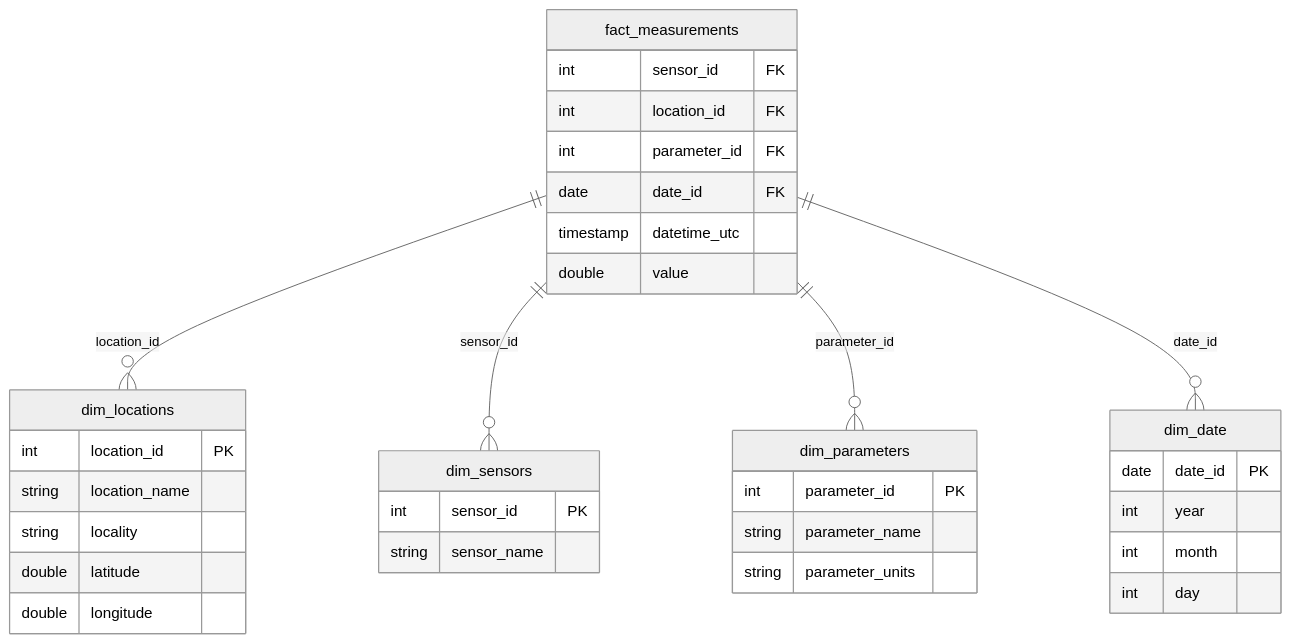
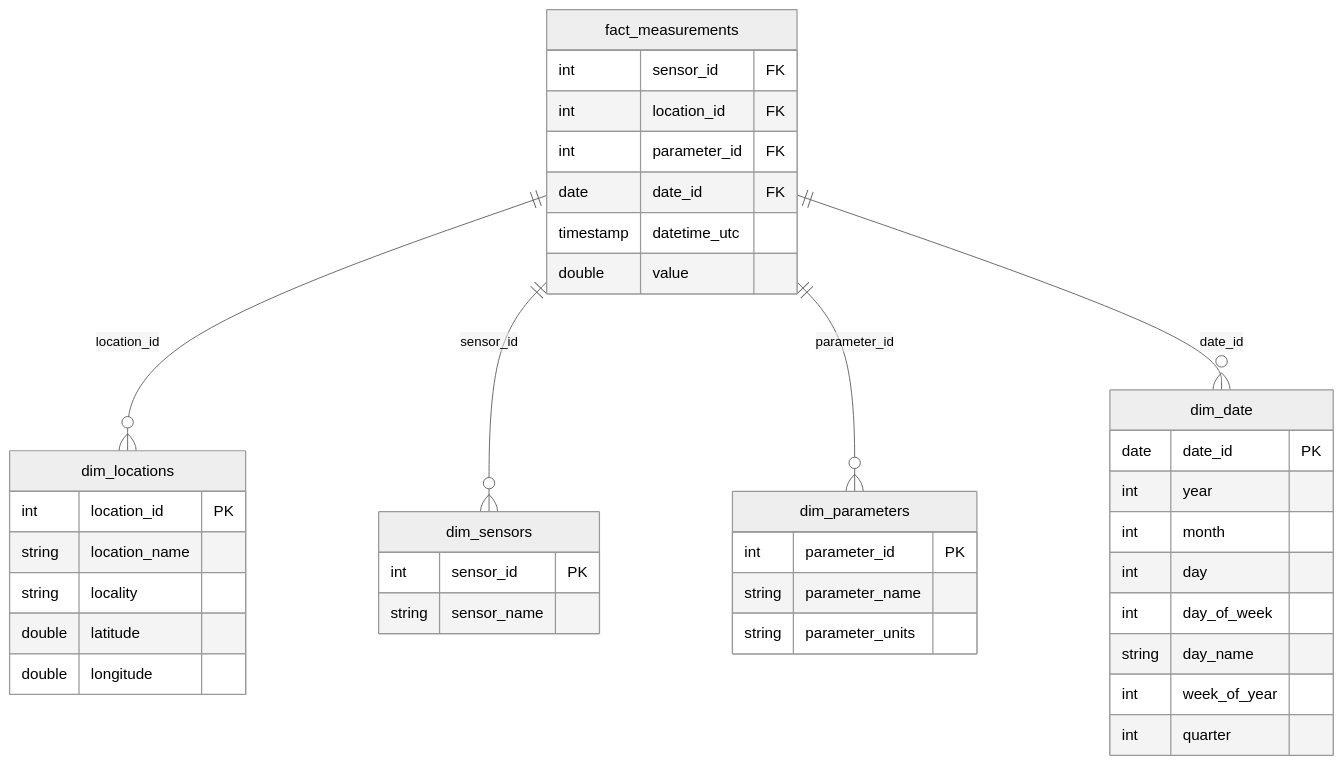
The second of 2 diagrams in README.md (aegnor8/canada-air-quality-data-platform), drawn with Mermaid (neutral theme) before and after one commit. The commit also changed other lines of this file, not shown here.

````diff
--- a/README.md
+++ b/README.md
@@ -31,42 +33,46 @@
 ```mermaid
 erDiagram
     fact_measurements ||--o{ dim_locations : location_id
     fact_measurements ||--o{ dim_sensors : sensor_id
     fact_measurements ||--o{ dim_parameters : parameter_id
     fact_measurements ||--o{ dim_date : date_id
     
     fact_measurements {
         int sensor_id FK
         int location_id FK
         int parameter_id FK
         date date_id FK
         timestamp datetime_utc
         double value
     }
     
     dim_locations {
         int location_id PK
         string location_name
         string locality
         double latitude
         double longitude
     }
     
     dim_sensors {
         int sensor_id PK
         string sensor_name
     }
     
     dim_parameters {
         int parameter_id PK
         string parameter_name
         string parameter_units
     }
     
     dim_date {
         date date_id PK
         int year
         int month
         int day
+        int day_of_week
+        string day_name
+        int week_of_year
+        int quarter
     }
 ```
````
